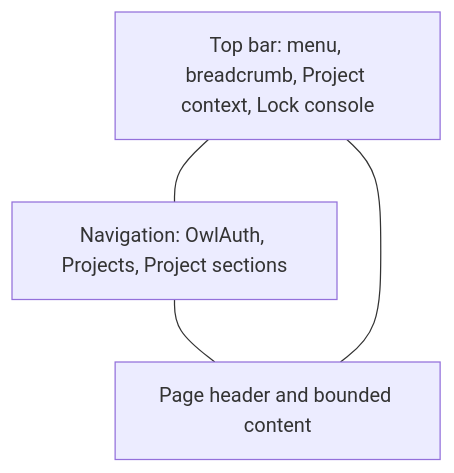
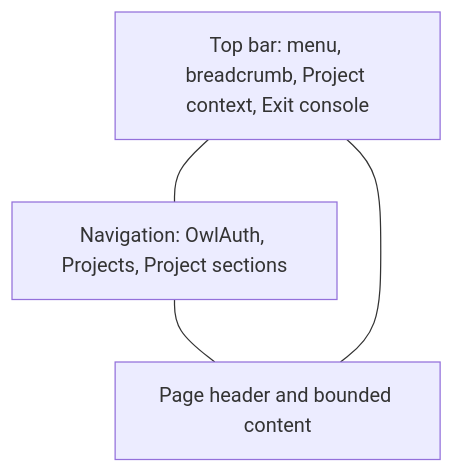
One commit to owlfoundry/owlauth changed the first of 2 diagrams in spec/12-product-ui-and-interaction-design.md. Above: the diagram before and after it, drawn with Mermaid. The commit also changed other lines of this file and 182 other files, not shown here.

````diff
--- a/spec/12-product-ui-and-interaction-design.md
+++ b/spec/12-product-ui-and-interaction-design.md
@@ -133,9 +133,9 @@
 ```mermaid
 flowchart TB
-    Top[Top bar: menu, breadcrumb, Project context, Lock console]
+    Top[Top bar: menu, breadcrumb, Project context, Exit console]
     Side[Navigation: OwlAuth, Projects, Project sections]
     Main[Page header and bounded content]
     Side --- Main
     Top --- Side
     Top --- Main
 ```
````
